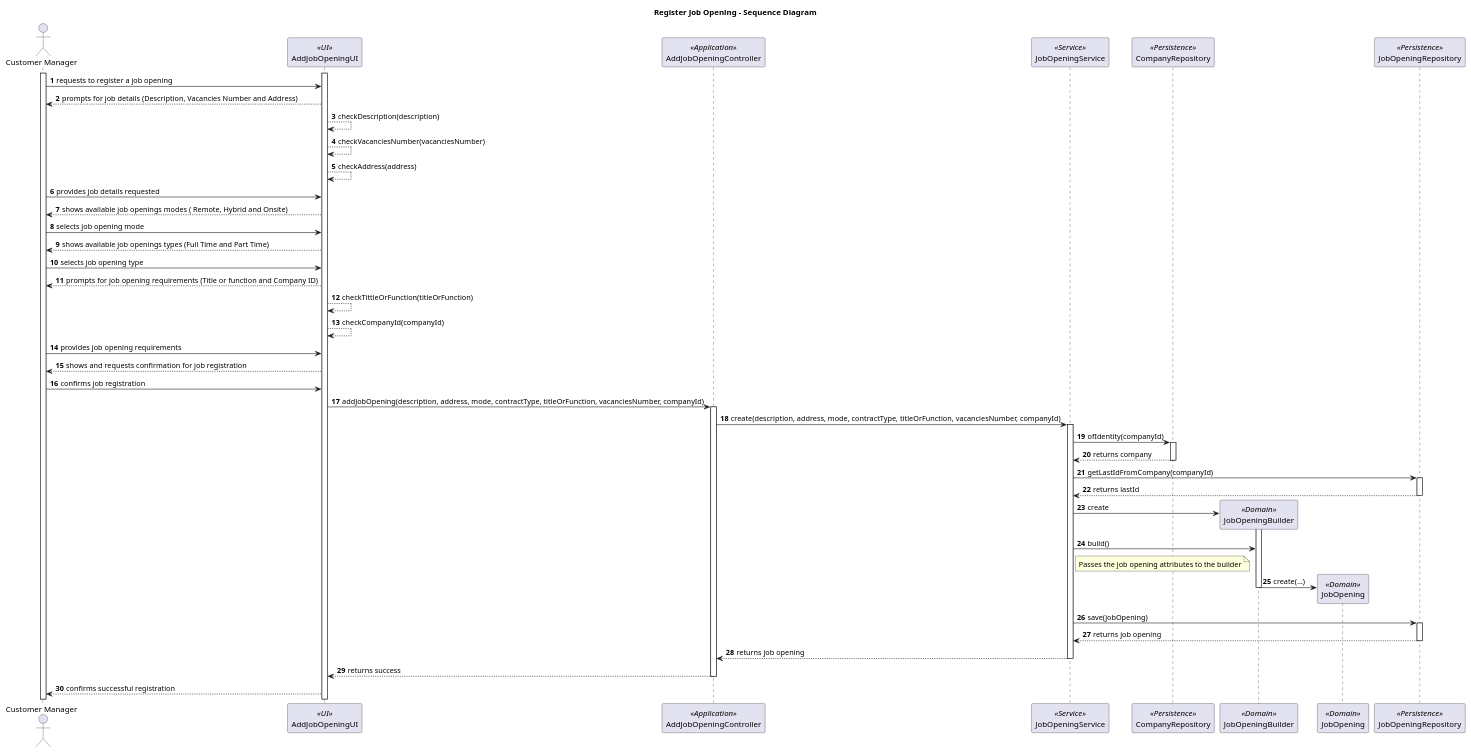
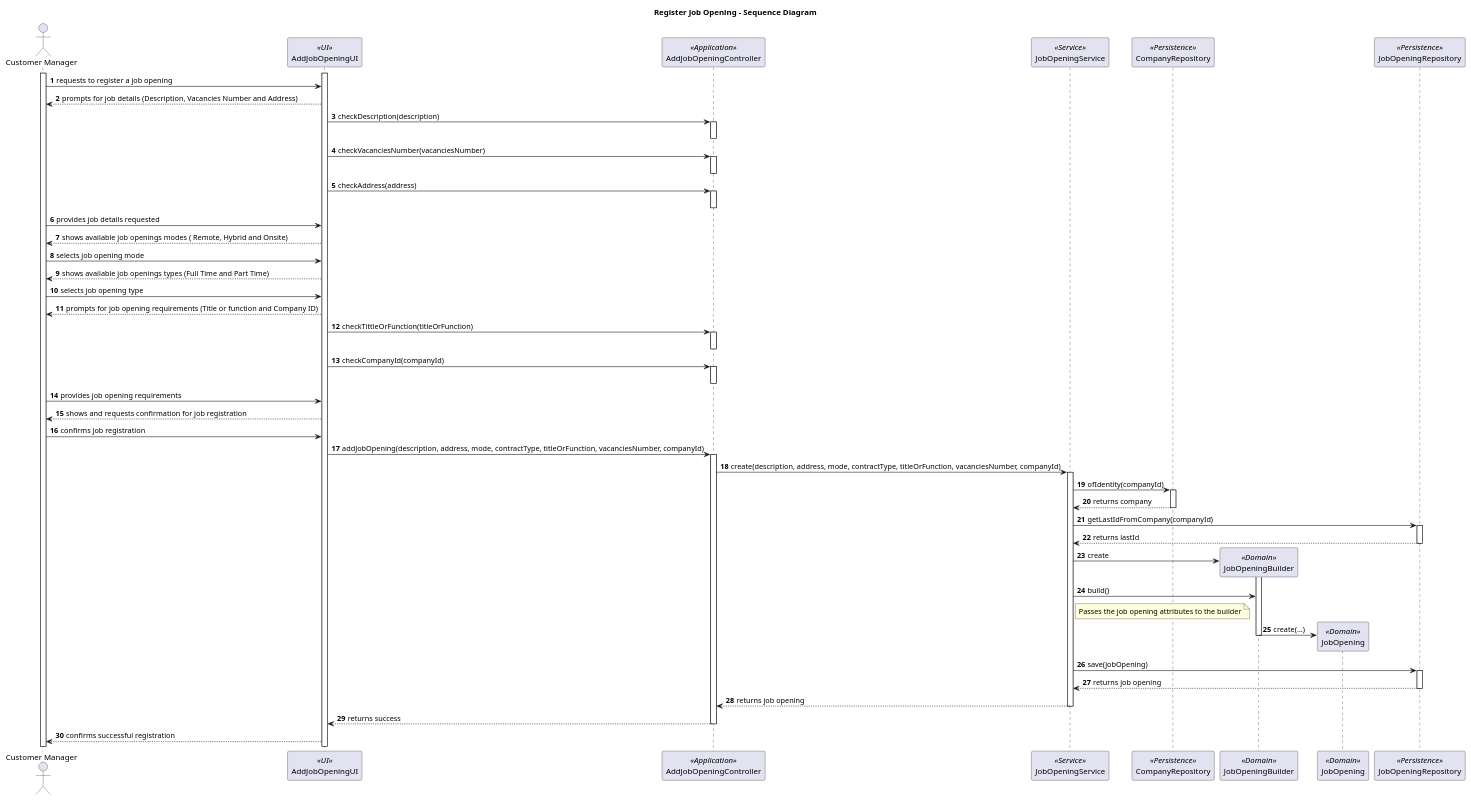
One commit to marcoferreira37/Lapr4 changed the diagram in docs/sprintB/1002/1002-sequence-diagram.puml. Above: the diagram before and after it, drawn with PlantUML. The commit also changed 5 other files, not shown here.

```diff
--- a/docs/sprintB/1002/1002-sequence-diagram.puml
+++ b/docs/sprintB/1002/1002-sequence-diagram.puml
@@ -1,128 +1,145 @@
 @startuml
 
 title Register Job Opening - Sequence Diagram
 
 autonumber
 actor "Customer Manager" as M
 participant AddJobOpeningUI  as UI <<UI>>
 participant AddJobOpeningController as Controller <<Application>>
 participant JobOpeningService as JS <<Service>>
 participant CompanyRepository as CRepo <<Persistence>>
 participant JobOpeningBuilder as JB <<Domain>>
 participant JobOpening as JO <<Domain>>
 participant JobOpeningRepository as JRepo <<Persistence>>
 
 activate M
 activate UI
 
 M -> UI : requests to register a job opening
 
 UI --> M : prompts for job details (Description, Vacancies Number and Address)
 
-UI --> UI : checkDescription(description)
+UI -> Controller : checkDescription(description)
 
-UI --> UI : checkVacanciesNumber(vacanciesNumber)
+activate Controller
+deactivate Controller
 
-UI --> UI : checkAddress(address)
+UI -> Controller : checkVacanciesNumber(vacanciesNumber)
+
+activate Controller
+deactivate Controller
+
+UI -> Controller : checkAddress(address)
+
+activate Controller
+deactivate Controller
+
+deactivate Controller
 
 M -> UI : provides job details requested
 
 UI --> M : shows available job openings modes ( Remote, Hybrid and Onsite)
 
 M -> UI : selects job opening mode
 
 UI --> M : shows available job openings types (Full Time and Part Time)
 
 M -> UI : selects job opening type
 
 UI --> M :  prompts for job opening requirements (Title or function and Company ID)
 
-UI --> UI: checkTittleOrFunction(titleOrFunction)
+UI -> Controller: checkTittleOrFunction(titleOrFunction)
 
-UI --> UI: checkCompanyId(companyId)
+activate Controller
+deactivate Controller
+
+UI -> Controller: checkCompanyId(companyId)
+activate Controller
+
+deactivate Controller
 
 M -> UI : provides job opening requirements
 
 UI --> M : shows and requests confirmation for job registration
 
 M -> UI : confirms job registration
 
 UI -> Controller: addJobOpening(description, address, mode, contractType, titleOrFunction, vacanciesNumber, companyId)
 
 activate Controller
 
 Controller -> JS : create(description, address, mode, contractType, titleOrFunction, vacanciesNumber, companyId)
 
 activate JS
 
 
 JS -> CRepo: ofIdentity(companyId)
 
 activate CRepo
 
 CRepo --> JS: returns company
 
 deactivate CRepo
 
 JS -> JRepo: getLastIdFromCompany(companyId)
 
 activate JRepo
 
 JRepo --> JS: returns lastId
 
 deactivate JRepo
 
 JS -> JB**: create
 
 
 
 'Controller -> JB: withDescription(description)
 'Controller -> JB: withAddress(address)
 'Controller -> JB: withMode(mode)
 'Controller -> JB: withContractType(contractType)
 'Controller -> JB: withTitleOrFunction(titleOrFunction)
 'Controller -> JB: withVacanciesNumber(vacanciesNumber)
 'Controller -> JB: withCompanyId(companyId)
 
 
 deactivate JRepo
 
 activate JB
 
 JS -> JB: build()
 
 note right of JS
   Passes the job opening attributes to the builder
 end note
 
 JB -> JO**: create(...)
 
 deactivate JB
 
 
 
 
 
 JS -> JRepo: save(jobOpening)
 
 
 activate JRepo
 
 JRepo --> JS: returns job opening
 
 deactivate JRepo
 
 JS --> Controller: returns job opening
 
 deactivate JS
 
 deactivate JB
 
 
 deactivate JRepo
 Controller --> UI: returns success
 deactivate Controller
 
 UI --> M: confirms successful registration
 
 @enduml
```
